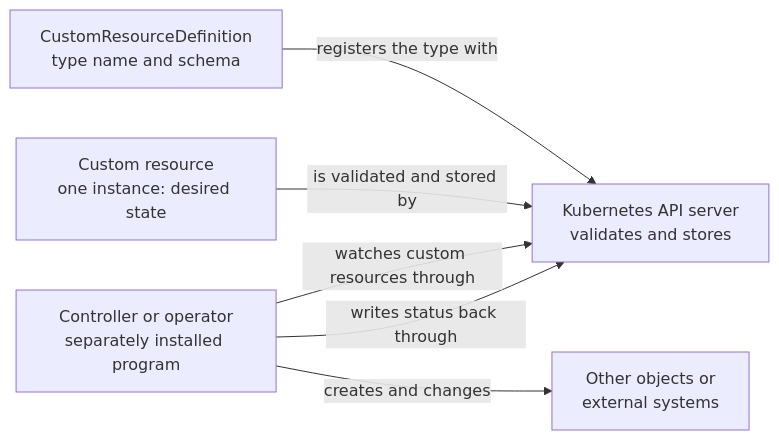
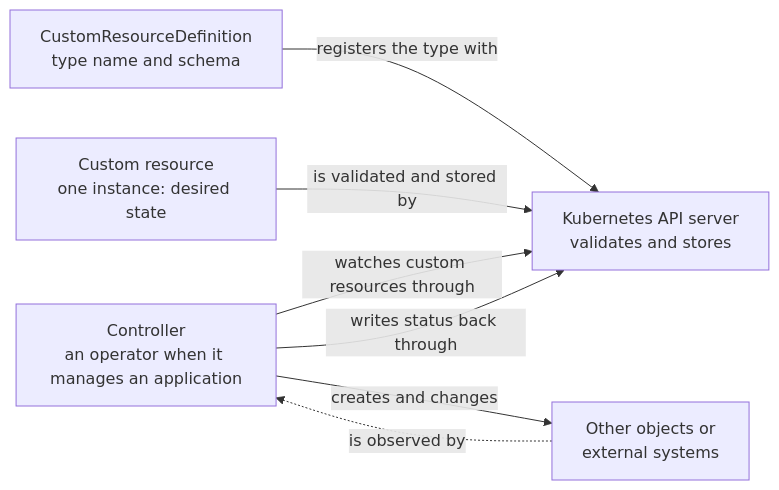
One commit to David-A18/MY-humble-knowledge-for-everyone changed the diagram in knowledge/kubernetes/core-objects/custom-resources-and-crds.md. Above: the diagram before and after it, drawn with Mermaid. The commit also changed other lines of this file and 6 other files, not shown here.

````diff
--- a/knowledge/kubernetes/core-objects/custom-resources-and-crds.md
+++ b/knowledge/kubernetes/core-objects/custom-resources-and-crds.md
@@ -93,13 +112,14 @@
 ```mermaid
 flowchart LR
   crd["CustomResourceDefinition<br/>type name and schema"]
   api["Kubernetes API server<br/>validates and stores"]
   cr["Custom resource<br/>one instance: desired state"]
-  ctrl["Controller or operator<br/>separately installed program"]
+  ctrl["Controller<br/>an operator when it manages an application"]
   world["Other objects or<br/>external systems"]
   crd -- "registers the type with" --> api
   cr -- "is validated and stored by" --> api
   ctrl -- "watches custom resources through" --> api
   ctrl -- "creates and changes" --> world
+  world -. "is observed by" .-> ctrl
   ctrl -- "writes status back through" --> api
 ```
````
